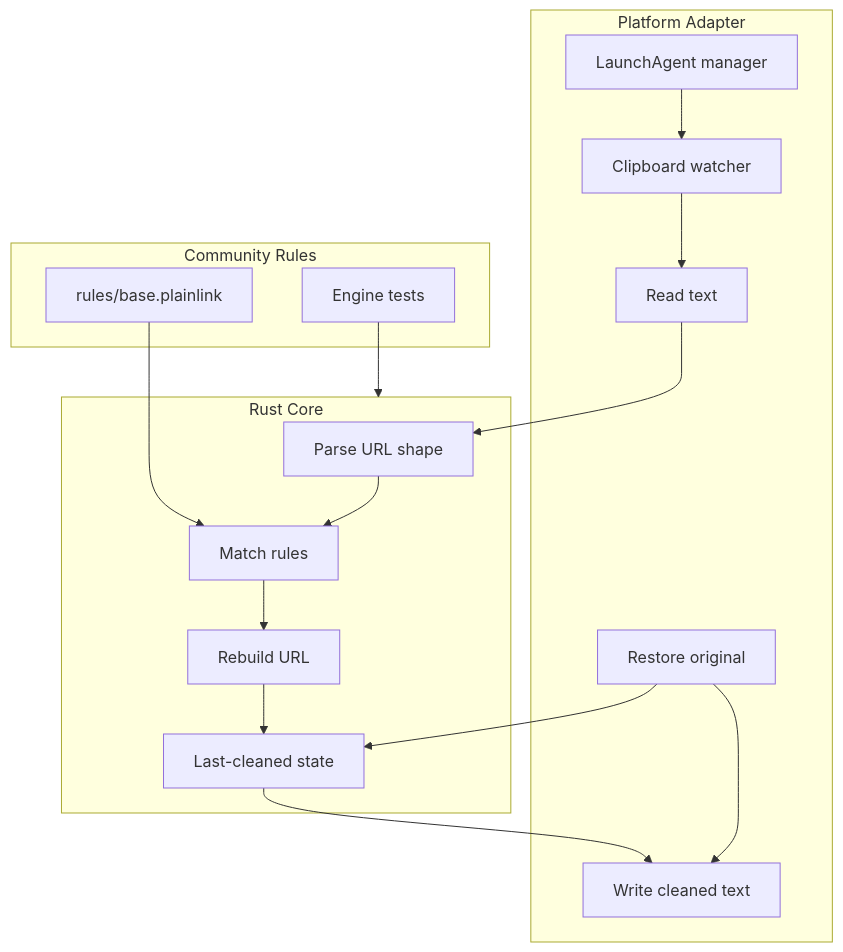
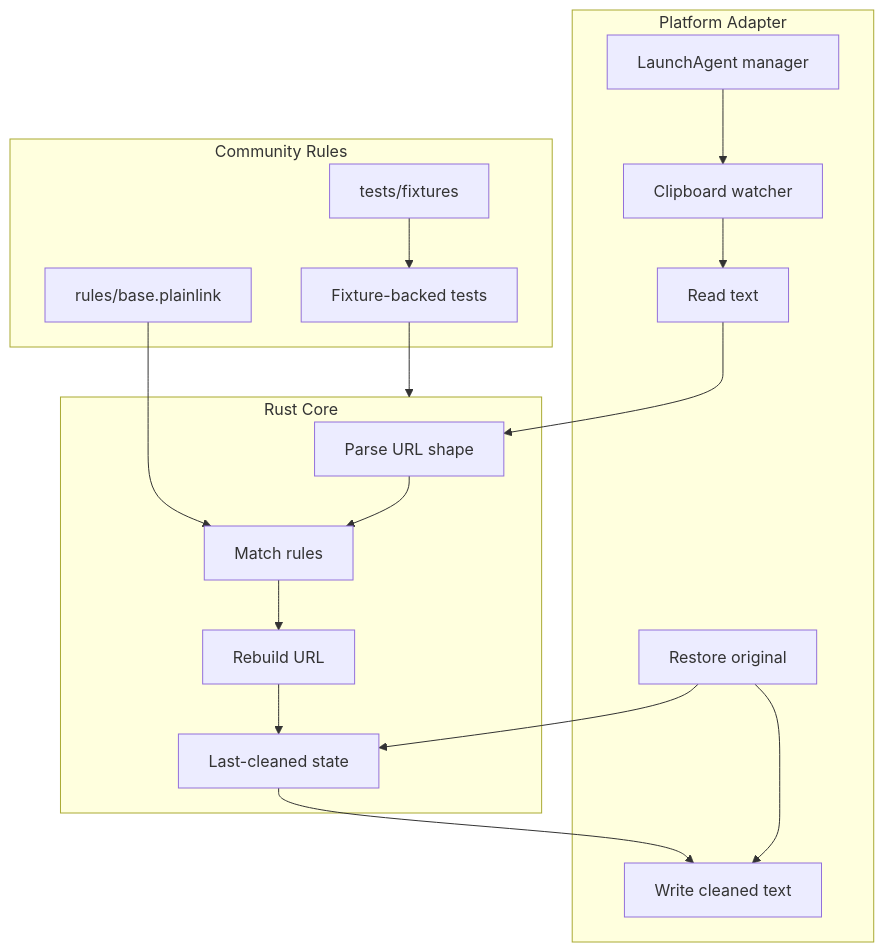
Before and after one commit to HexCodeYT/PlainLink: the first of 3 diagrams in docs/ARCHITECTURE.md, drawn with Mermaid. The commit also changed other lines of this file and 12 other files, not shown here.

First line of the commit message:
feat: add fixture-backed rule QA

````diff
--- a/docs/ARCHITECTURE.md
+++ b/docs/ARCHITECTURE.md
@@ -5,29 +5,31 @@
 ```mermaid
 flowchart TB
     subgraph Platform["Platform Adapter"]
         Agent["LaunchAgent manager"]
         Watch["Clipboard watcher"]
         Read["Read text"]
         Write["Write cleaned text"]
         Restore["Restore original"]
     end
 
     subgraph Core["Rust Core"]
         Parse["Parse URL shape"]
         Match["Match rules"]
         Rebuild["Rebuild URL"]
         State["Last-cleaned state"]
     end
 
     subgraph Community["Community Rules"]
         Base["rules/base.plainlink"]
-        Tests["Engine tests"]
+        Fixtures["tests/fixtures"]
+        Tests["Fixture-backed tests"]
     end
 
     Agent --> Watch
     Watch --> Read --> Parse --> Match --> Rebuild --> State --> Write
     Restore --> State
     Restore --> Write
     Base --> Match
+    Fixtures --> Tests
     Tests --> Core
 ```
````
